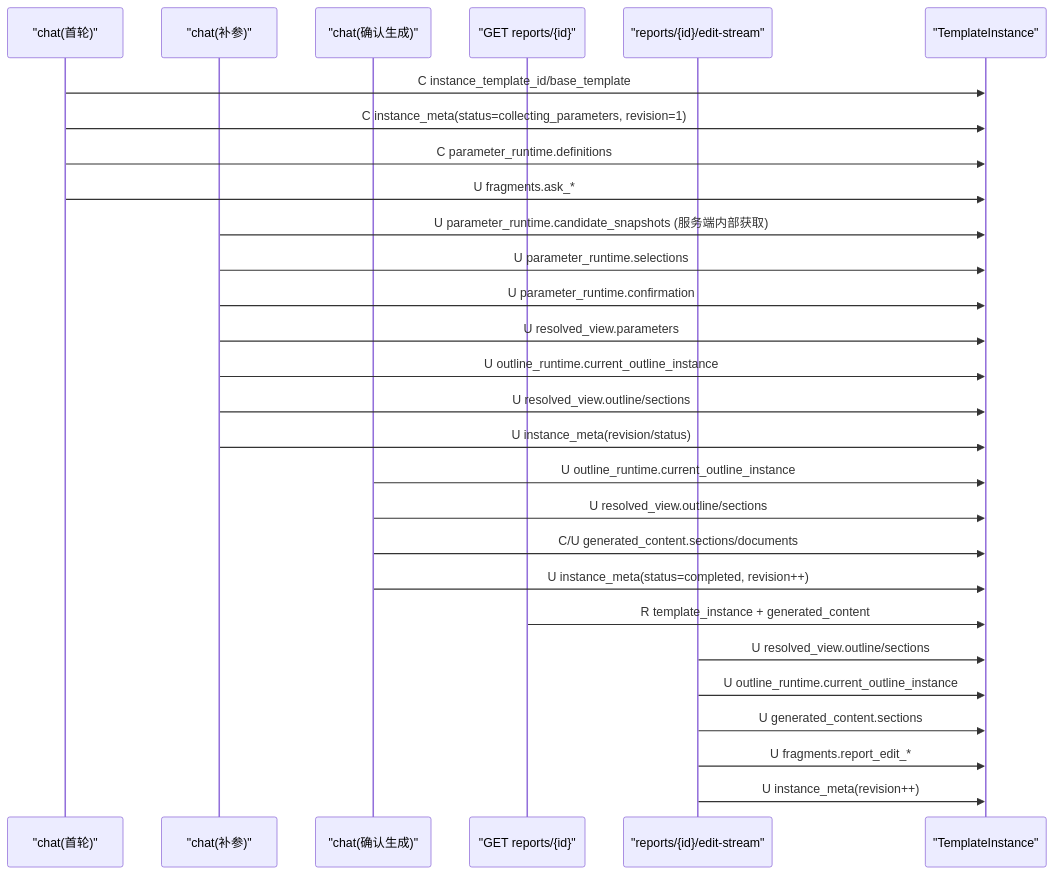
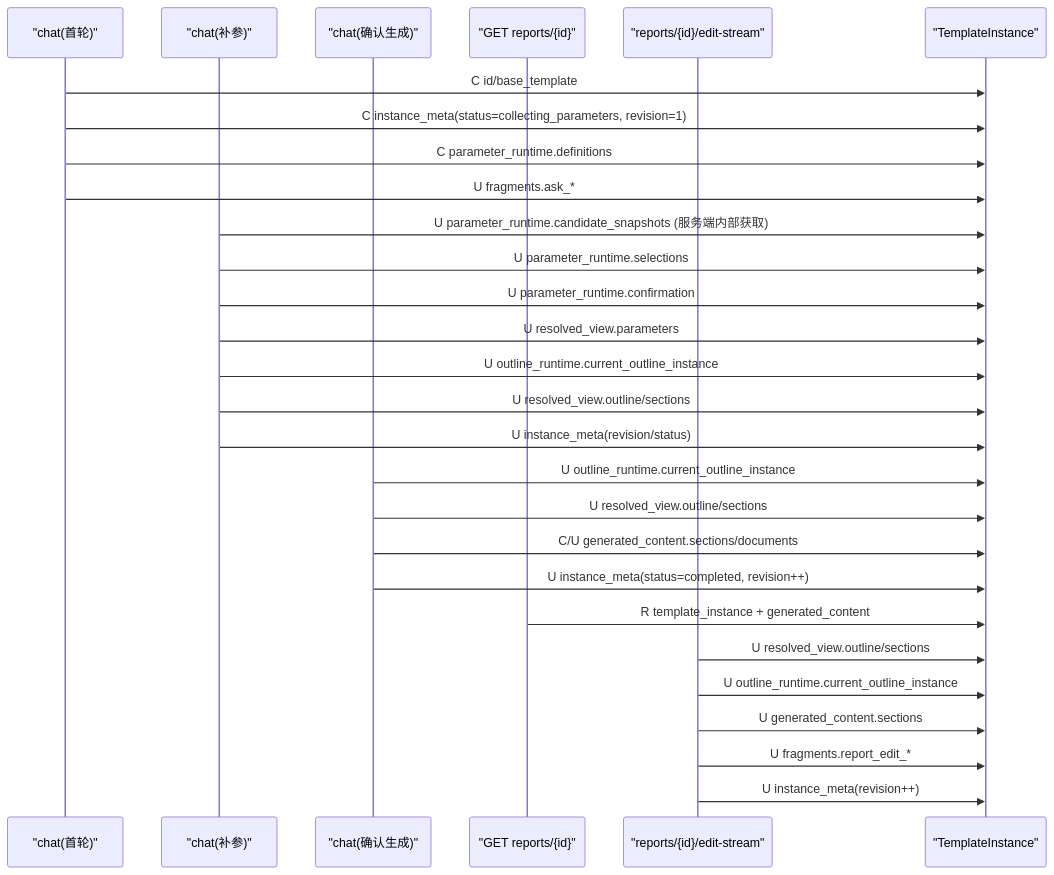
One commit to shel447/ReportSystem changed the diagram in design/design_chat_report_stream_case.md. Above: the diagram before and after it, drawn with Mermaid. The commit also changed other lines of this file and 43 other files, not shown here.

Commit message:
feat(api): align chat-report contracts and remove template scene field

````diff
--- a/design/design_chat_report_stream_case.md
+++ b/design/design_chat_report_stream_case.md
@@ -584,35 +602,35 @@
 ```mermaid
 sequenceDiagram
     participant API1 as "chat(首轮)"
     participant API2 as "chat(补参)"
     participant API3 as "chat(确认生成)"
     participant API4 as "GET reports/{id}"
     participant API5 as "reports/{id}/edit-stream"
     participant TI as "TemplateInstance"
 
-    API1->>TI: C instance_template_id/base_template
+    API1->>TI: C id/base_template
     API1->>TI: C instance_meta(status=collecting_parameters, revision=1)
     API1->>TI: C parameter_runtime.definitions
     API1->>TI: U fragments.ask_*
 
     API2->>TI: U parameter_runtime.candidate_snapshots (服务端内部获取)
     API2->>TI: U parameter_runtime.selections
     API2->>TI: U parameter_runtime.confirmation
     API2->>TI: U resolved_view.parameters
     API2->>TI: U outline_runtime.current_outline_instance
     API2->>TI: U resolved_view.outline/sections
     API2->>TI: U instance_meta(revision/status)
 
     API3->>TI: U outline_runtime.current_outline_instance
     API3->>TI: U resolved_view.outline/sections
     API3->>TI: C/U generated_content.sections/documents
     API3->>TI: U instance_meta(status=completed, revision++)
 
     API4->>TI: R template_instance + generated_content
 
     API5->>TI: U resolved_view.outline/sections
     API5->>TI: U outline_runtime.current_outline_instance
     API5->>TI: U generated_content.sections
     API5->>TI: U fragments.report_edit_*
     API5->>TI: U instance_meta(revision++)
 ```
````
